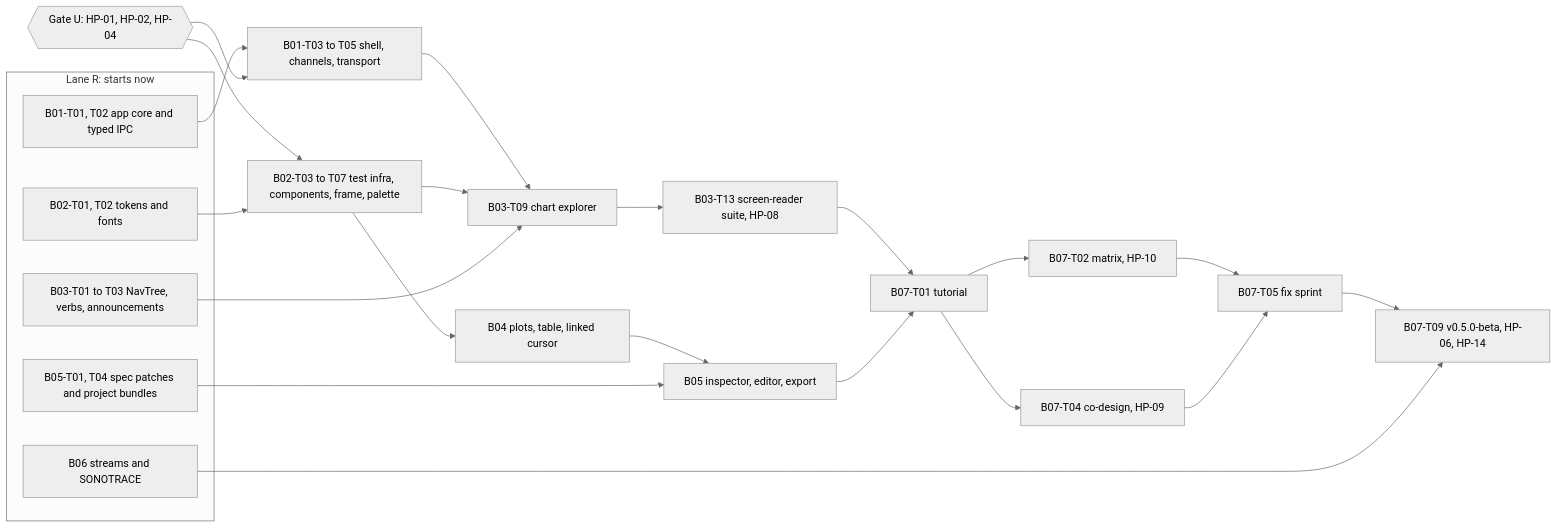
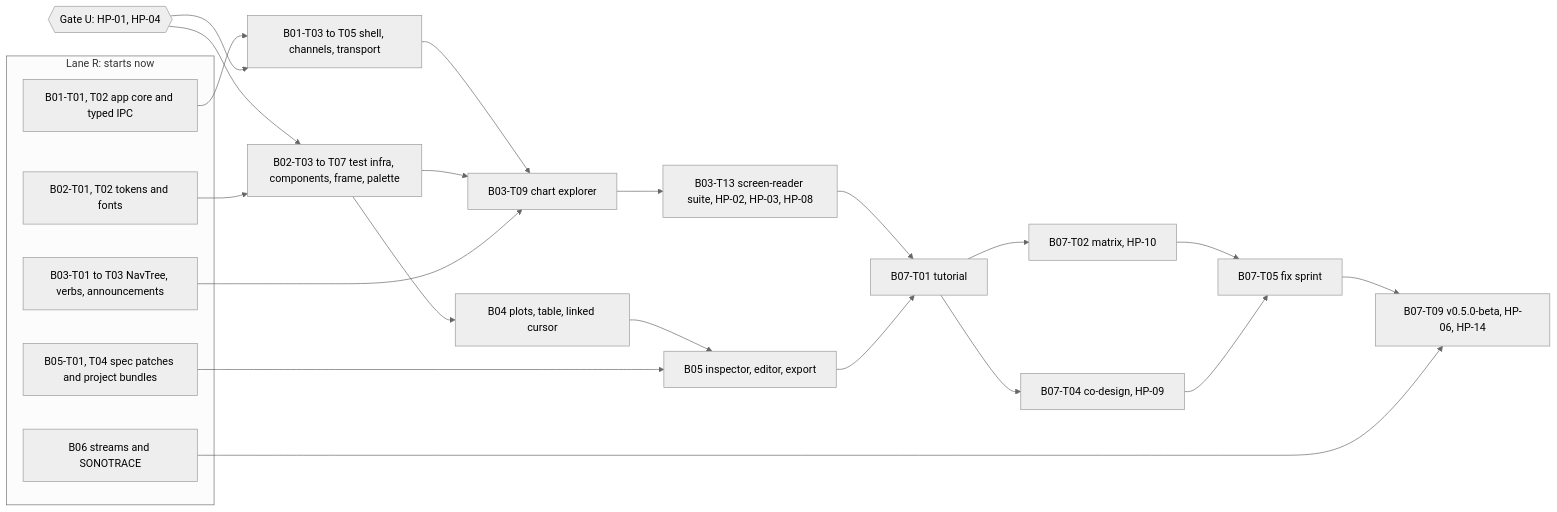
Before and after one commit to DuhItzAniket/SONARITHM: the second of 2 diagrams in docs/planning/implementation-plan.md, drawn with Mermaid (neutral theme). The commit also changed other lines of this file and 8 other files, not shown here.

````diff
--- a/docs/planning/implementation-plan.md
+++ b/docs/planning/implementation-plan.md
@@ -208,30 +208,30 @@
 ```mermaid
 flowchart LR
   subgraph R[Lane R: starts now]
     APP[B01-T01, T02 app core and typed IPC]
     AUD[B03-T01 to T03 NavTree, verbs, announcements]
     SON[B06 streams and SONOTRACE]
     PRJ[B05-T01, T04 spec patches and project bundles]
     TOK[B02-T01, T02 tokens and fonts]
   end
-  GU{{Gate U: HP-01, HP-02, HP-04}}
+  GU{{Gate U: HP-01, HP-04}}
   APP --> SH[B01-T03 to T05 shell, channels, transport]
   GU --> SH
   GU --> UI[B02-T03 to T07 test infra, components, frame, palette]
   TOK --> UI
   SH --> EXP[B03-T09 chart explorer]
   UI --> EXP
   AUD --> EXP
-  EXP --> SR[B03-T13 screen-reader suite, HP-08]
+  EXP --> SR[B03-T13 screen-reader suite, HP-02, HP-03, HP-08]
   UI --> VIZ[B04 plots, table, linked cursor]
   VIZ --> INS[B05 inspector, editor, export]
   PRJ --> INS
   SR --> TUT[B07-T01 tutorial]
   INS --> TUT
   TUT --> MAT[B07-T02 matrix, HP-10]
   TUT --> CD[B07-T04 co-design, HP-09]
   MAT --> FIX[B07-T05 fix sprint]
   CD --> FIX
   FIX --> REL[B07-T09 v0.5.0-beta, HP-06, HP-14]
   SON --> REL
 ```
````
